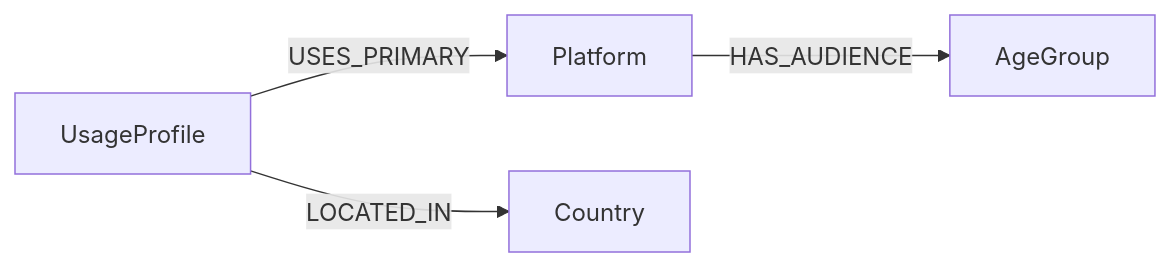
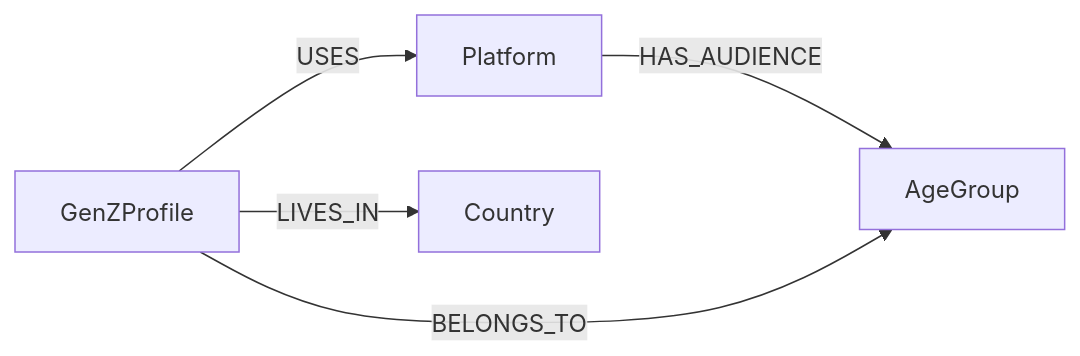
The diagram in README.md (Santosdevbjj/analisando-dados-de-redes-sociais-com-grafos), drawn with Mermaid before and after one commit. The commit also changed other lines of this file, not shown here.

````diff
--- a/README.md
+++ b/README.md
@@ -100,6 +62,7 @@
 ```mermaid
 graph LR
     P[Platform] -->|HAS_AUDIENCE| A[AgeGroup]
-    U[UsageProfile] -->|USES_PRIMARY| P
-    U -->|LOCATED_IN| C[Country]
+    U[GenZProfile] -->|USES| P
+    U -->|LIVES_IN| C[Country]
+    U -->|BELONGS_TO| A
 ```
````
